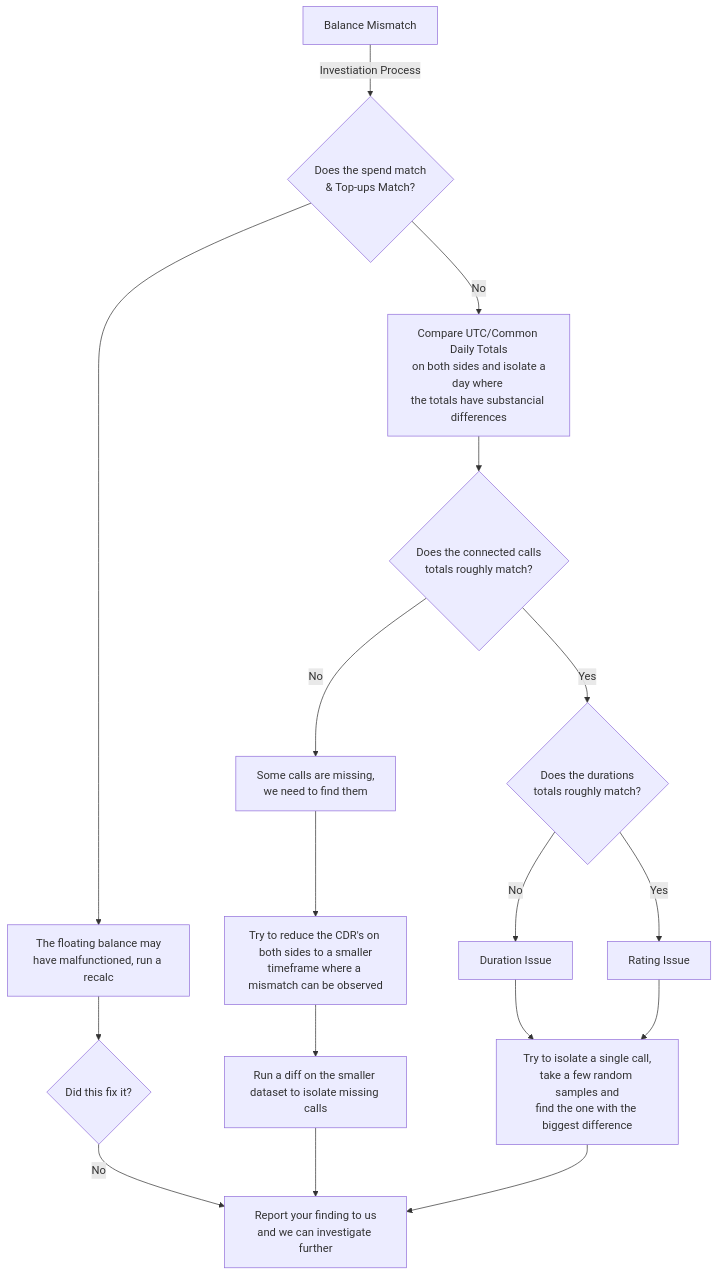
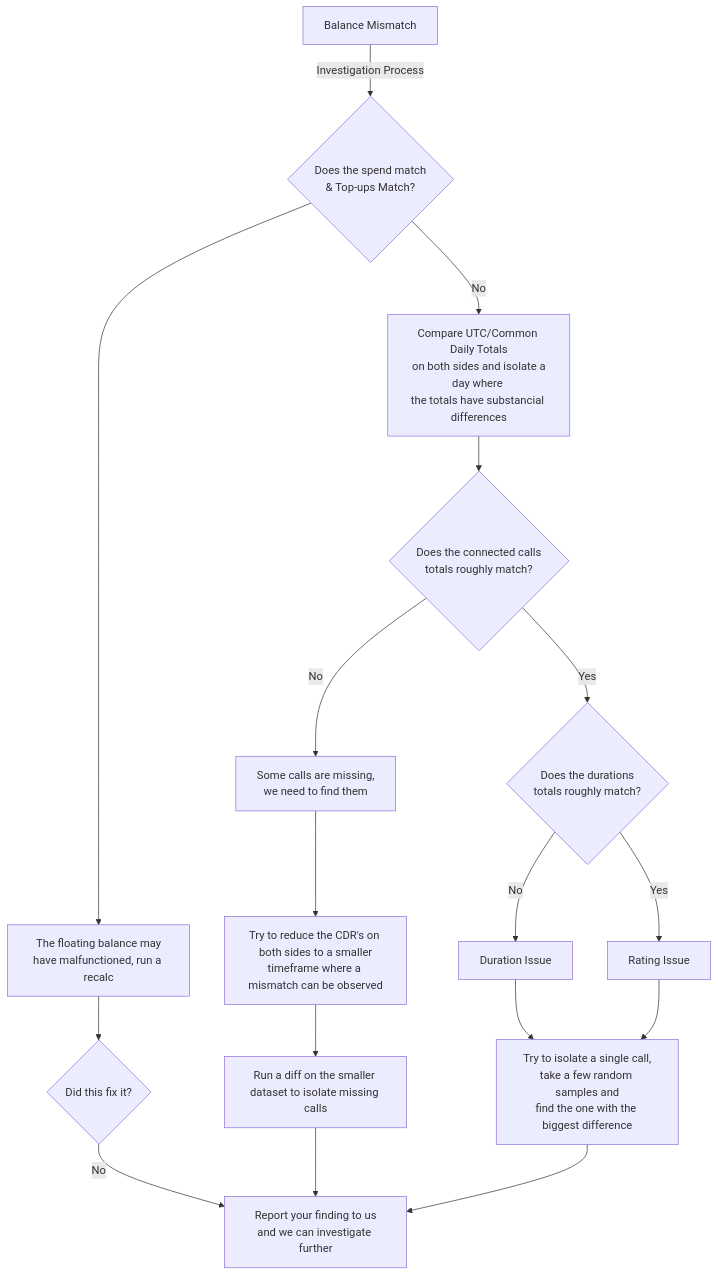
Before and after one commit to connexcs/docs: the diagram in docs/billing-basics.md, drawn with Mermaid.

Commit message:
Update billing-basics.md
Fix Typo

````diff
--- a/docs/billing-basics.md
+++ b/docs/billing-basics.md
@@ -61,23 +61,23 @@
 ```mermaid
 graph TD
-    BAL[Balance Mismatch] -->|Investiation Process| QTOTALS
+    BAL[Balance Mismatch] -->|Investigation Process| QTOTALS
     QTOTALS{Does the spend match<br/>& Top-ups Match?} --> RECALC
     RECALC[The floating balance may<br/>have malfunctioned, run a recalc] --> RECALCFIX
     RECALCFIX{Did this fix it?}
     RECALCFIX -->| No | REPORT
     QTOTALS -->| No | INV
     INV[Compare UTC/Common Daily Totals<br/> on both sides and isolate a day where <br/>the totals have substancial differences] --> QCONN
     QCONN{Does the connected calls<br/>totals roughly match?}
     QCONN -->| No | MISSINGCALLISSUE
     MISSINGCALLISSUE[Some calls are missing,<br/>we need to find them] --> ISOLATEHOUR
     ISOLATEHOUR[Try to reduce the CDR's on both sides to a smaller<br/>timeframe where a mismatch can be observed] --> DIFFCALLS
     DIFFCALLS[Run a diff on the smaller dataset to isolate missing calls] --> REPORT
     QCONN -->| Yes | QDUR[Problem Resolved]
     QDUR{Does the durations <br/>totals roughly match?}
     QDUR -->| No | DURATIONISSUE
     DURATIONISSUE[Duration Issue] --> 1CALL
     QDUR -->| Yes | RATINGISSUE[Problem Resolved]
     RATINGISSUE[Rating Issue] --> 1CALL
     1CALL[Try to isolate a single call,<br/>take a few random samples and<br/>find the one with the biggest difference] --> REPORT
     REPORT[Report your finding to us<br/>and we can investigate further]
 ```
````
